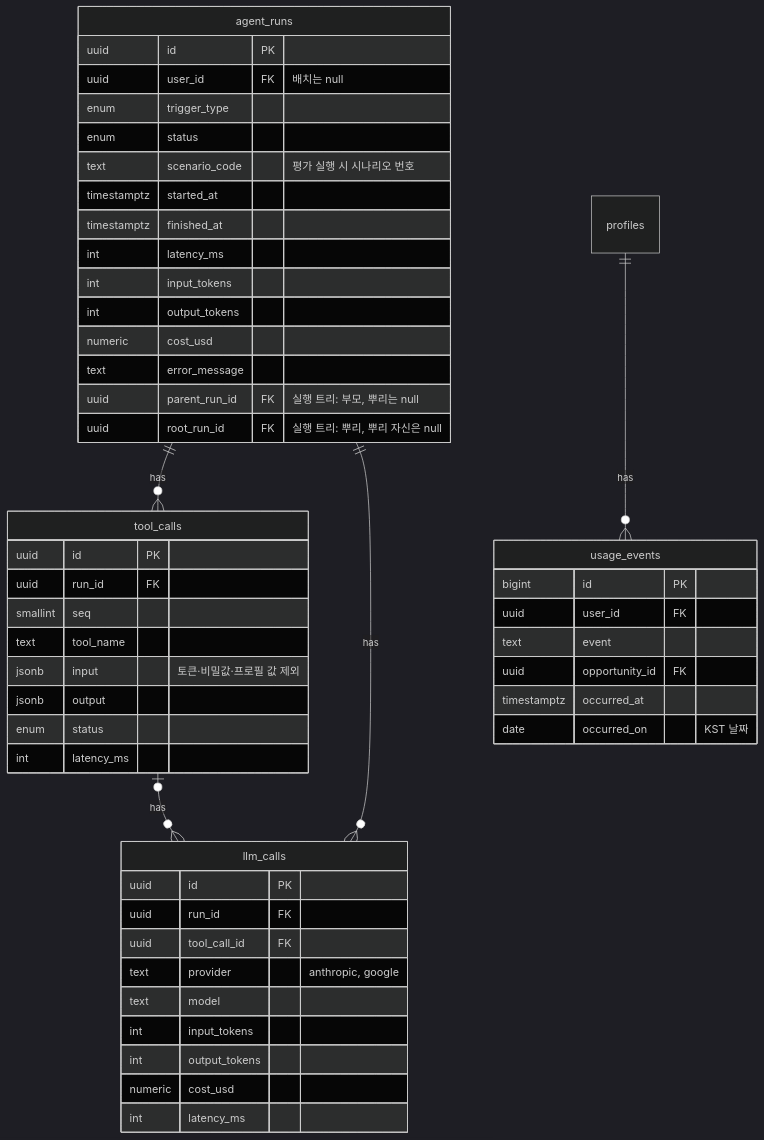
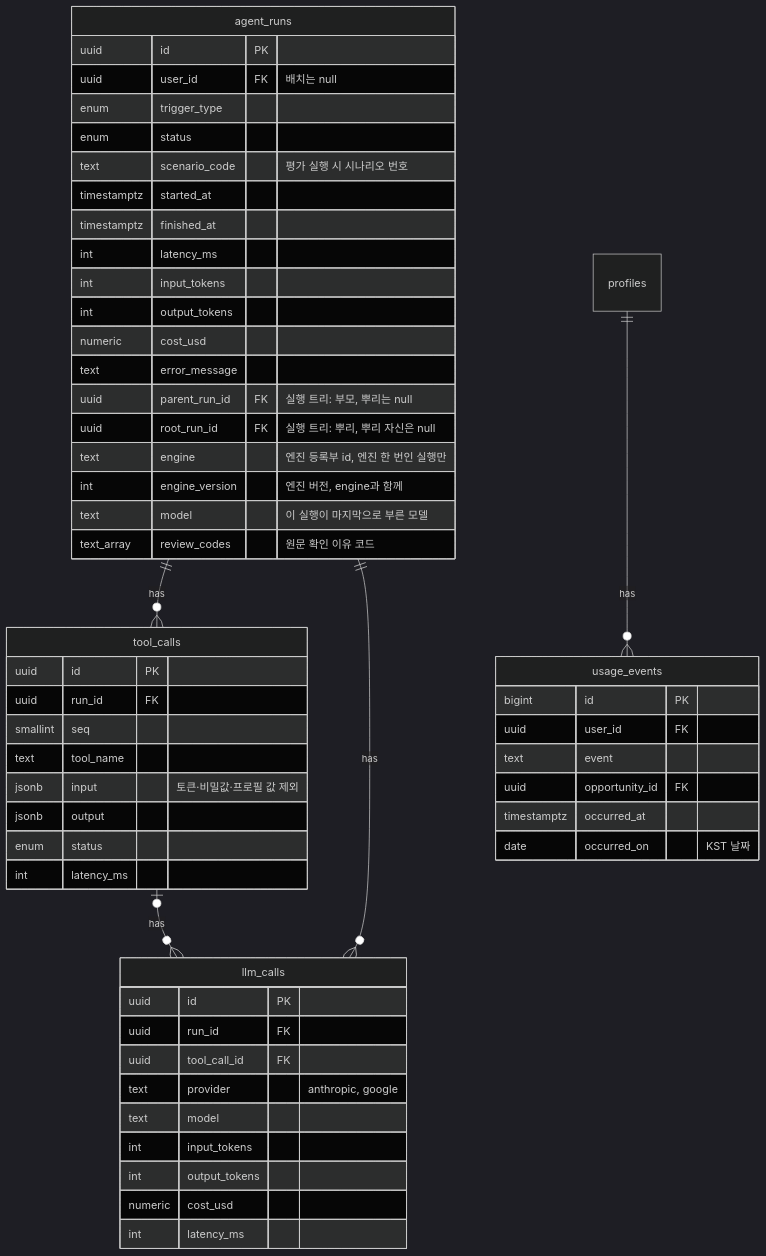
One commit to Happy623623/Unipivot changed the sixth of 6 diagrams in docs/ERD_v0.9.md. Above: the diagram before and after it, drawn with Mermaid (dark theme). The commit also changed other lines of this file and 31 other files, not shown here.

````diff
--- a/docs/ERD_v0.9.md
+++ b/docs/ERD_v0.9.md
@@ -504,52 +504,56 @@
 ```mermaid
 erDiagram
     agent_runs {
         uuid id PK
         uuid user_id FK "배치는 null"
         enum trigger_type
         enum status
         text scenario_code "평가 실행 시 시나리오 번호"
         timestamptz started_at
         timestamptz finished_at
         int latency_ms
         int input_tokens
         int output_tokens
         numeric cost_usd
         text error_message
         uuid parent_run_id FK "실행 트리: 부모, 뿌리는 null"
         uuid root_run_id FK "실행 트리: 뿌리, 뿌리 자신은 null"
+        text engine "엔진 등록부 id, 엔진 한 번인 실행만"
+        int engine_version "엔진 버전, engine과 함께"
+        text model "이 실행이 마지막으로 부른 모델"
+        text_array review_codes "원문 확인 이유 코드"
     }
     tool_calls {
         uuid id PK
         uuid run_id FK
         smallint seq
         text tool_name
         jsonb input "토큰·비밀값·프로필 값 제외"
         jsonb output
         enum status
         int latency_ms
     }
     llm_calls {
         uuid id PK
         uuid run_id FK
         uuid tool_call_id FK
         text provider "anthropic, google"
         text model
         int input_tokens
         int output_tokens
         numeric cost_usd
         int latency_ms
     }
     usage_events {
         bigint id PK
         uuid user_id FK
         text event
         uuid opportunity_id FK
         timestamptz occurred_at
         date occurred_on "KST 날짜"
     }
     agent_runs ||--o{ tool_calls : "has"
     profiles ||--o{ usage_events : "has"
     agent_runs ||--o{ llm_calls : "has"
     tool_calls |o--o{ llm_calls : "has"
 ```
````
